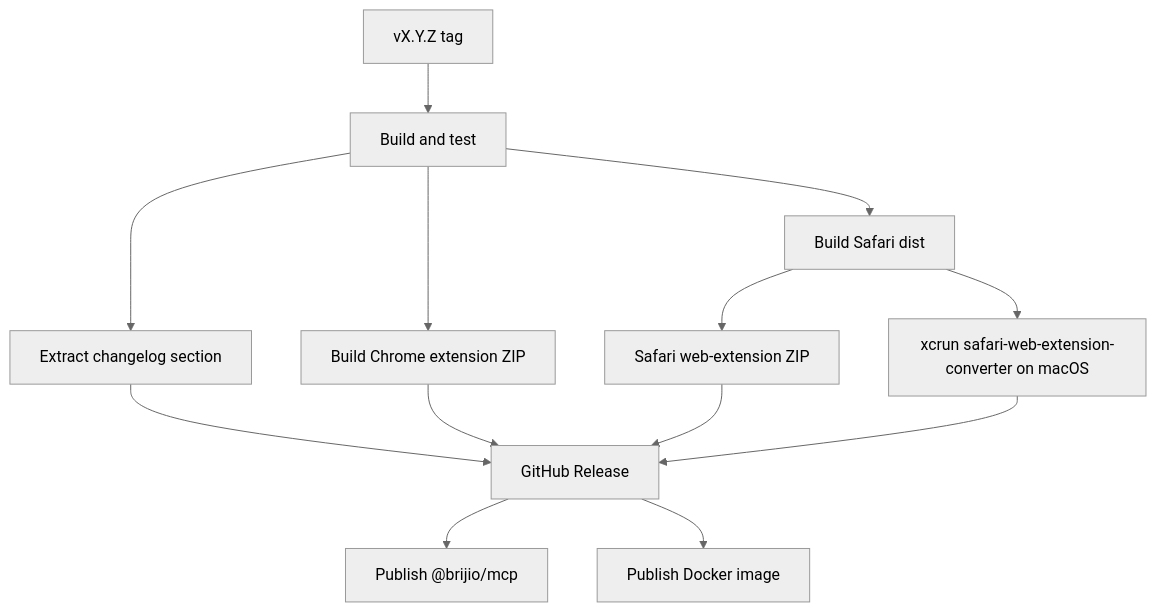
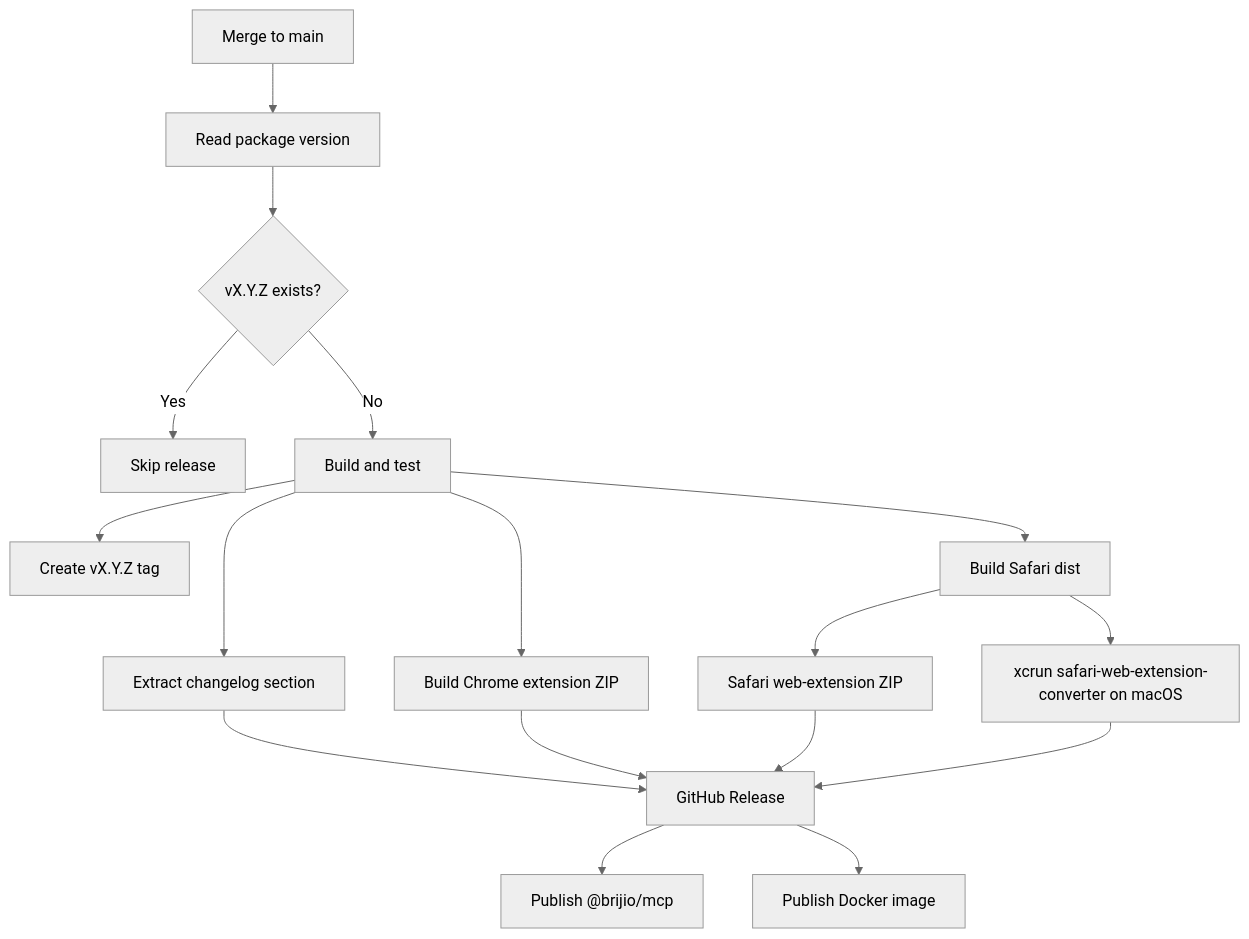
The diagram in docs/architecture/decisions/0049-unified-release-tag-and-assets.md (redvex/brijio), drawn with Mermaid (neutral theme) before and after one commit. The commit also changed other lines of this file and 2 other files, not shown here.

Commit message:
ci: release from main with trusted publishing

````diff
--- a/docs/architecture/decisions/0049-unified-release-tag-and-assets.md
+++ b/docs/architecture/decisions/0049-unified-release-tag-and-assets.md
@@ -65,15 +71,19 @@
 ```mermaid
 flowchart TD
-  Tag[vX.Y.Z tag] --> Validate[Build and test]
+  Main[Merge to main] --> Version[Read package version]
+  Version --> Exists{vX.Y.Z exists?}
+  Exists -- Yes --> Skip[Skip release]
+  Exists -- No --> Validate[Build and test]
   Validate --> Notes[Extract changelog section]
+  Validate --> Tag[Create vX.Y.Z tag]
   Validate --> Chrome[Build Chrome extension ZIP]
   Validate --> Safari[Build Safari dist]
   Safari --> SafariZip[Safari web-extension ZIP]
   Safari --> Convert[xcrun safari-web-extension-converter on macOS]
   Notes --> Release[GitHub Release]
   Chrome --> Release
   SafariZip --> Release
   Convert --> Release
   Release --> Npm[Publish @brijio/mcp]
   Release --> Docker[Publish Docker image]
 ```
````
